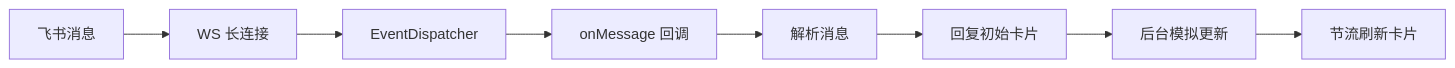
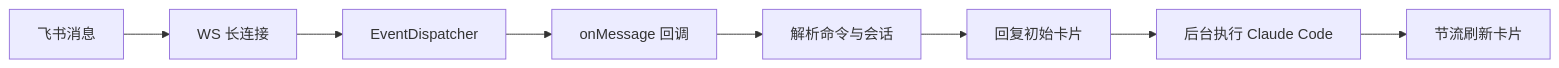
Before and after one commit to CerrorJ/Agent-Team: the diagram in openwiki/quickstart.md, drawn with Mermaid. The commit also changed other lines of this file and 12 other files, not shown here.

````diff
--- a/openwiki/quickstart.md
+++ b/openwiki/quickstart.md
@@ -70,10 +71,10 @@
 ```mermaid
 flowchart LR
     A["飞书消息"] --> B["WS 长连接"]
     B --> C["EventDispatcher"]
     C --> D["onMessage 回调"]
-    D --> E["解析消息"]
+    D --> E["解析命令与会话"]
     E --> F["回复初始卡片"]
-    F --> G["后台模拟更新"]
+    F --> G["后台执行 Claude Code"]
     G --> H["节流刷新卡片"]
 ```
````
